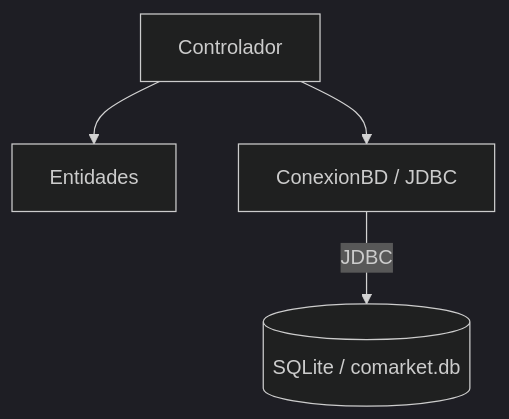
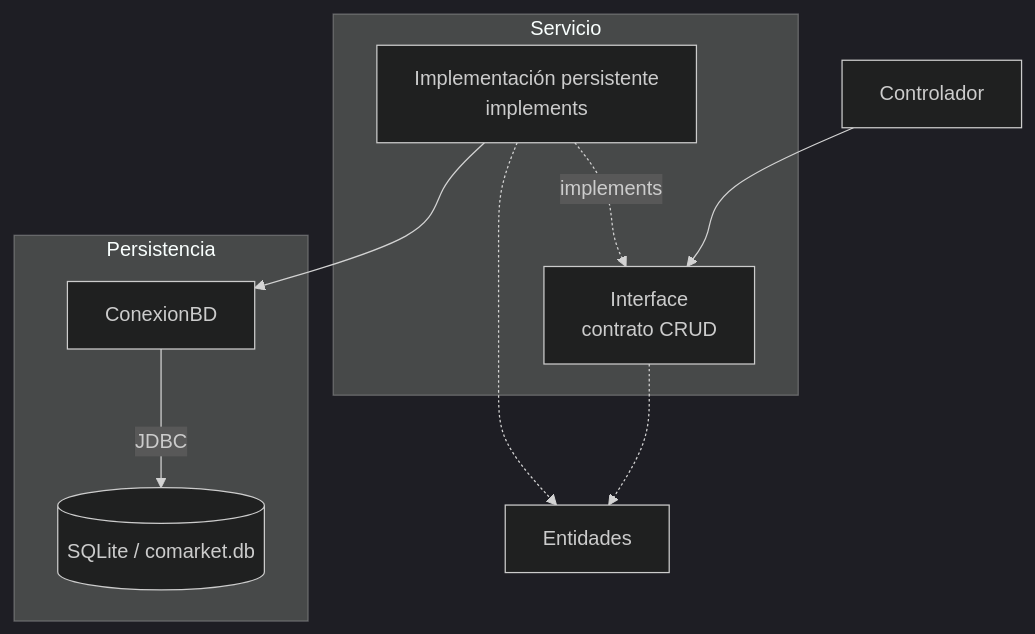
One commit to 262poo/comarket changed the diagram in docs/S09_Arquitectura_Persistencia.md. Above: the diagram before and after it, drawn with Mermaid (dark theme). The commit also changed other lines of this file and 6 other files, not shown here.

````diff
--- a/docs/S09_Arquitectura_Persistencia.md
+++ b/docs/S09_Arquitectura_Persistencia.md
@@ -50,11 +52,21 @@
 ```mermaid
 flowchart TB
     Controlador["Controlador"]
+    subgraph Servicio["Servicio"]
+        Contrato["Interface<br/>contrato CRUD"]
+        Implementacion["Implementación persistente<br/>implements"]
+    end
+
     Entidades["Entidades"]
-    Conexion["ConexionBD / JDBC"]
-    SQLite[("SQLite / comarket.db")]
+    subgraph Persistencia["Persistencia"]
+        Conexion["ConexionBD"]
+        SQLite[("SQLite / comarket.db")]
+    end
 
-    Controlador --> Entidades
-    Controlador --> Conexion
+    Controlador --> Contrato
+    Implementacion -. implements .-> Contrato
+    Contrato -.-> Entidades
+    Implementacion -.-> Entidades
+    Implementacion --> Conexion
     Conexion -->|"JDBC"| SQLite
 ```
````
